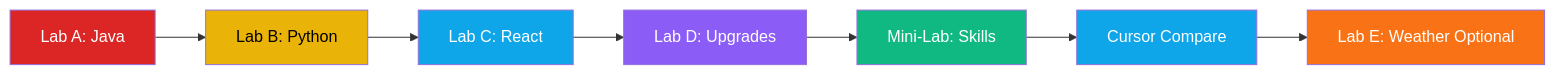
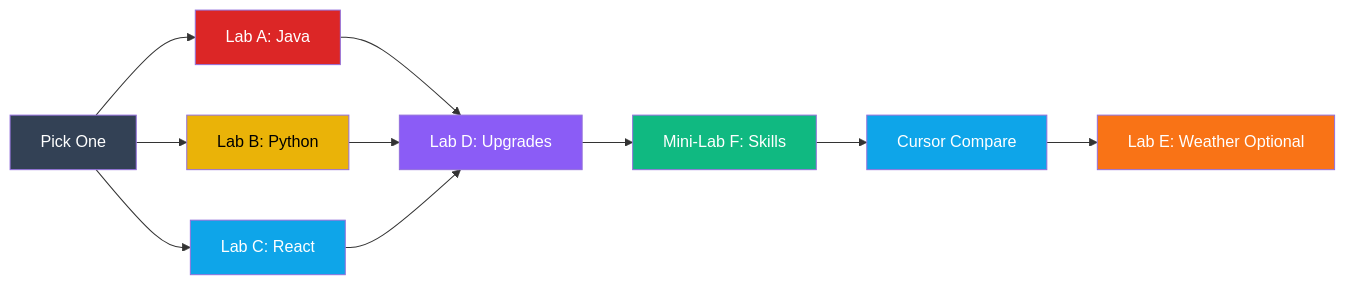
One commit to kousen/junie-training changed the fifth of 8 diagrams in slides.md. Above: the diagram before and after it, drawn with Mermaid. The commit also changed other lines of this file and 16 other files, not shown here.

````diff
--- a/slides.md
+++ b/slides.md
@@ -566,17 +580,21 @@
 ```mermaid
 graph LR
-    A[Lab A: Java] --> B[Lab B: Python]
-    B --> C[Lab C: React]
-    C --> D[Lab D: Upgrades]
-    D --> E[Mini-Lab: Skills]
+    P[Pick One] --> A[Lab A: Java]
+    P --> B[Lab B: Python]
+    P --> C[Lab C: React]
+    A --> D[Lab D: Upgrades]
+    B --> D
+    C --> D
+    D --> E[Mini-Lab F: Skills]
     E --> F[Cursor Compare]
     F --> G[Lab E: Weather Optional]
-    
+
+    style P fill:#334155,color:#fff
     style A fill:#dc2626,color:#fff
     style B fill:#eab308,color:#000
     style C fill:#0ea5e9,color:#fff
     style D fill:#8b5cf6,color:#fff
     style E fill:#10b981,color:#fff
     style F fill:#0ea5e9,color:#fff
     style G fill:#f97316,color:#fff
 ```
````
